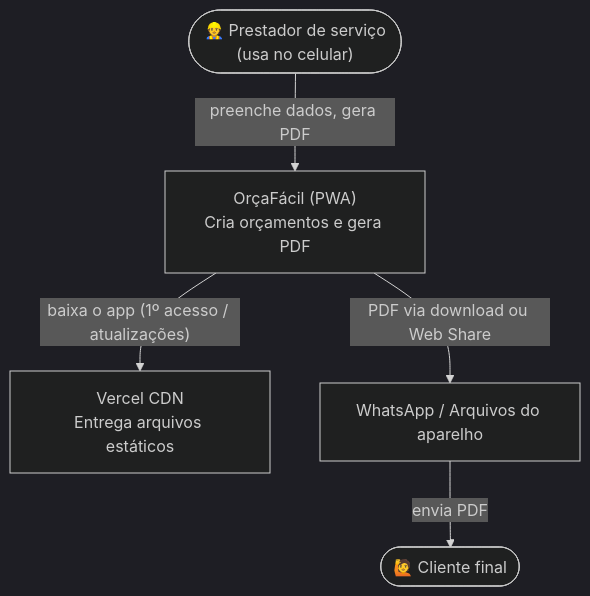
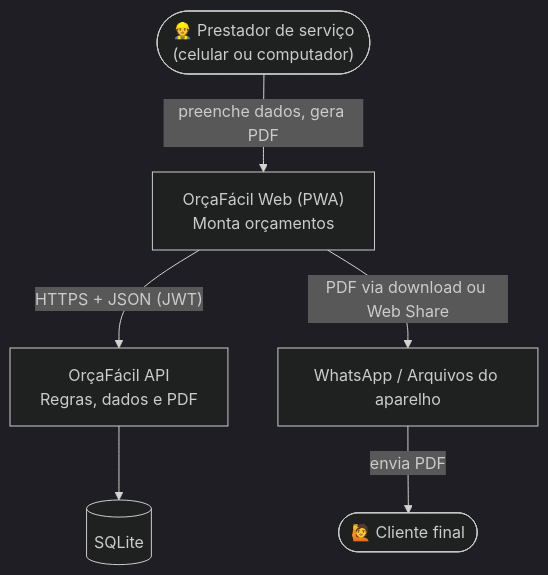
One commit to Lucas-Bobato/OrcaFacil changed the first of 3 diagrams in docs/04-arquitetura.md. Above: the diagram before and after it, drawn with Mermaid (dark theme). The commit also changed other lines of this file and 12 other files, not shown here.

````diff
--- a/docs/04-arquitetura.md
+++ b/docs/04-arquitetura.md
@@ -13,13 +13,15 @@
 ```mermaid
 flowchart TB
-    prof(["👷 Prestador de serviço<br/>(usa no celular)"])
+    prof(["👷 Prestador de serviço<br/>(celular ou computador)"])
     cli(["🙋 Cliente final"])
-    app["OrçaFácil (PWA)<br/>Cria orçamentos e gera PDF"]
-    cdn["Vercel CDN<br/>Entrega arquivos estáticos"]
+    web["OrçaFácil Web (PWA)<br/>Monta orçamentos"]
+    api["OrçaFácil API<br/>Regras, dados e PDF"]
+    db[("SQLite")]
     wa["WhatsApp / Arquivos do aparelho"]
 
-    prof -- "preenche dados, gera PDF" --> app
-    app -- "baixa o app (1º acesso / atualizações)" --> cdn
-    app -- "PDF via download ou Web Share" --> wa
+    prof -- "preenche dados, gera PDF" --> web
+    web -- "HTTPS + JSON (JWT)" --> api
+    api --> db
+    web -- "PDF via download ou Web Share" --> wa
     wa -- "envia PDF" --> cli
 ```
````
